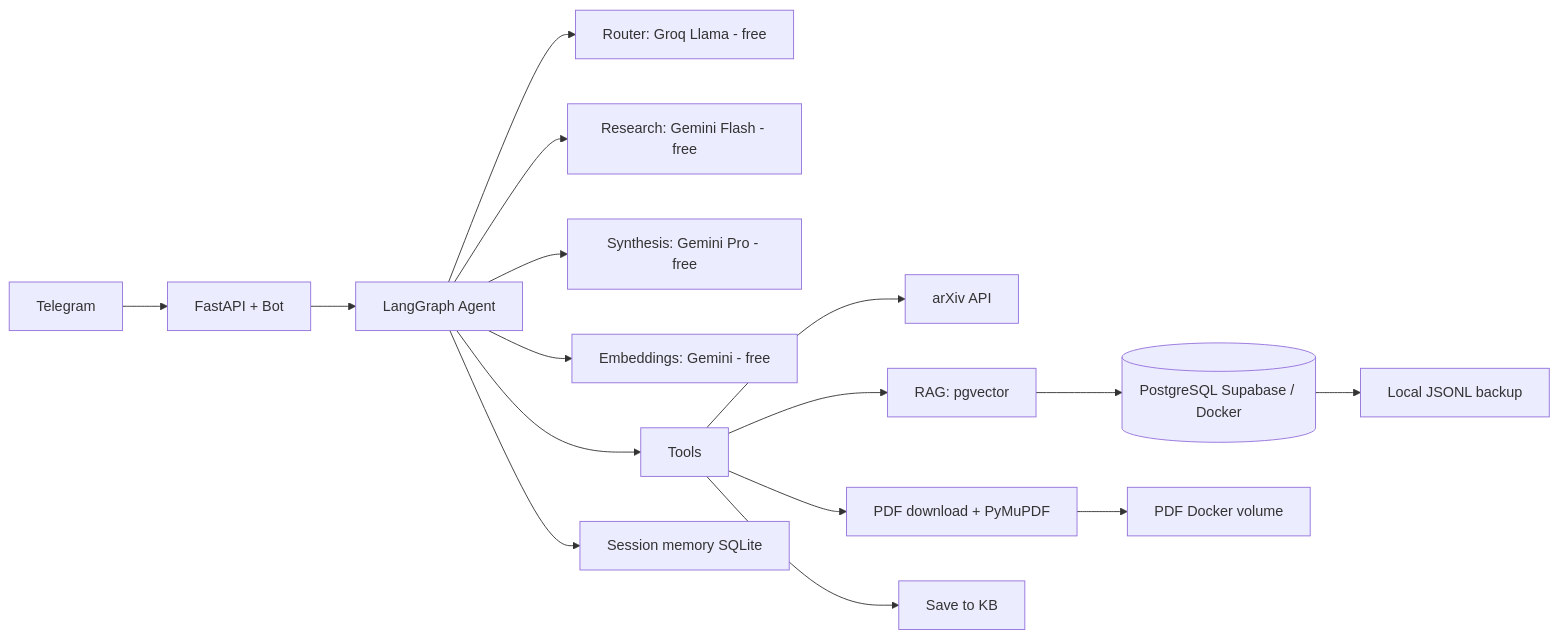
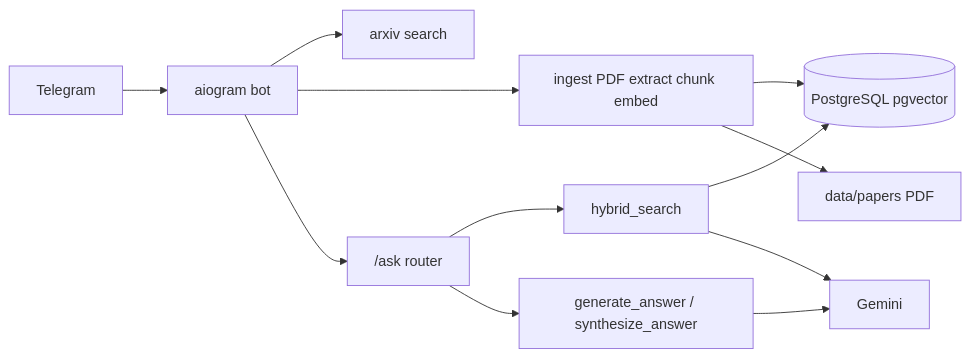
The second of 8 diagrams in docs/plan/02-architecture-diagrams.md (RamilRamil/Research-helper), drawn with Mermaid before and after one commit. The commit also changed other lines of this file and 107 other files, not shown here.

````diff
--- a/docs/plan/02-architecture-diagrams.md
+++ b/docs/plan/02-architecture-diagrams.md
@@ -52,21 +58,16 @@
 ```mermaid
 flowchart LR
-    TG[Telegram] --> API[FastAPI + Bot]
-    API --> Graph[LangGraph Agent]
+    TG[Telegram] --> BOT[aiogram bot]
+    BOT --> ARX[arxiv search]
+    BOT --> ING[ingest PDF extract chunk embed]
+    BOT --> ASK["/ask router"]
 
-    Graph --> R1[Router: Groq Llama - free]
-    Graph --> R2[Research: Gemini Flash - free]
-    Graph --> R3[Synthesis: Gemini Pro - free]
-    Graph --> R4[Embeddings: Gemini - free]
+    ASK --> HY[hybrid_search]
+    ASK --> ANS[generate_answer / synthesize_answer]
 
-    Graph --> Tools[Tools]
-    Tools --> Arxiv[arXiv API]
-    Tools --> PDF[PDF download + PyMuPDF]
-    Tools --> KB[RAG: pgvector]
-    Tools --> Store[Save to KB]
-
-    KB --> DB[(PostgreSQL Supabase / Docker)]
-    Graph --> Mem[Session memory SQLite]
-    DB --> BK[Local JSONL backup]
-    PDF --> Vol[PDF Docker volume]
+    HY --> PG[(PostgreSQL pgvector)]
+    ING --> PG
+    ING --> VOL[data/papers PDF]
+    ANS --> GEM[Gemini]
+    HY --> GEM
 ```
````
